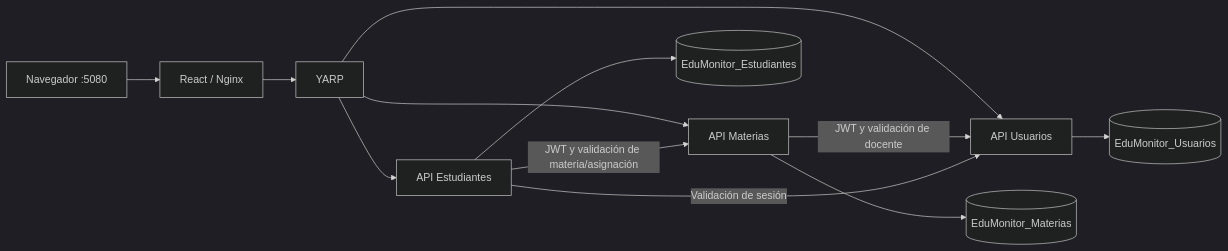
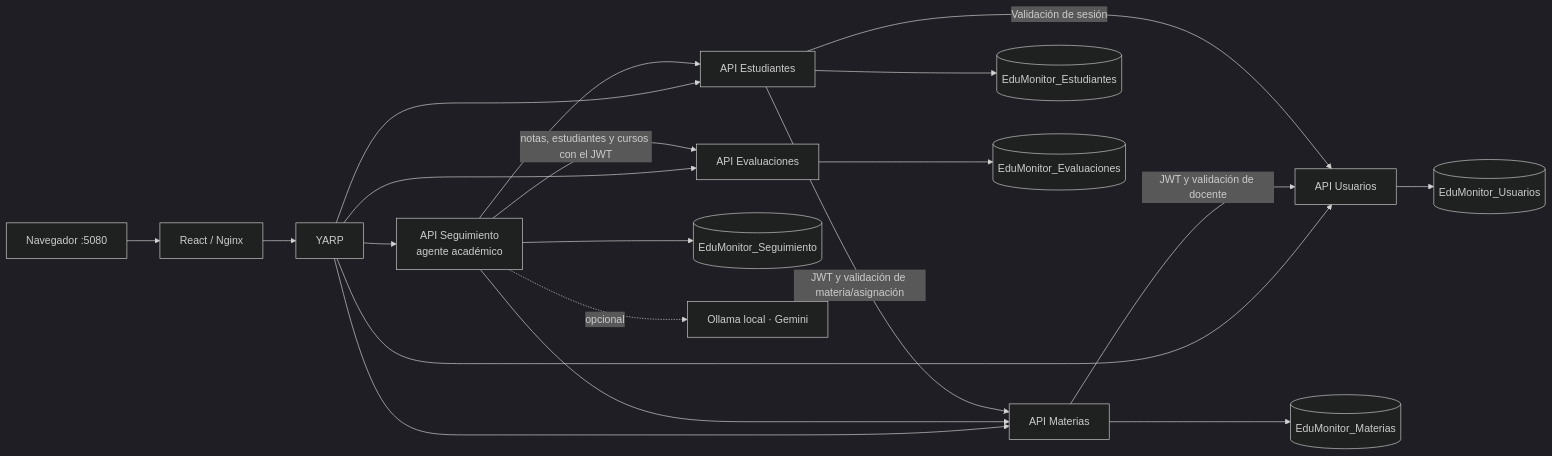
The diagram in README.md (Samu4194/EduMonitorAI), drawn with Mermaid (dark theme) before and after one commit. The commit also changed other lines of this file and 21 other files, not shown here.

````diff
--- a/README.md
+++ b/README.md
@@ -19,14 +19,22 @@
 ```mermaid
 flowchart LR
   Browser[Navegador :5080] --> Frontend[React / Nginx]
   Frontend --> Gateway[YARP]
   Gateway --> Usuarios[API Usuarios]
   Gateway --> Materias[API Materias]
   Gateway --> Estudiantes[API Estudiantes]
+  Gateway --> Evaluaciones[API Evaluaciones]
+  Gateway --> Seguimiento[API Seguimiento<br/>agente académico]
   Usuarios --> DBU[(EduMonitor_Usuarios)]
   Materias --> DBM[(EduMonitor_Materias)]
   Estudiantes --> DBE[(EduMonitor_Estudiantes)]
+  Evaluaciones --> DBV[(EduMonitor_Evaluaciones)]
+  Seguimiento --> DBS[(EduMonitor_Seguimiento)]
+  Seguimiento -->|notas, estudiantes y cursos con el JWT| Evaluaciones
+  Seguimiento --> Estudiantes
+  Seguimiento --> Materias
+  Seguimiento -.->|opcional| IA[Ollama local · Gemini]
   Materias -->|JWT y validación de docente| Usuarios
   Estudiantes -->|JWT y validación de materia/asignación| Materias
   Estudiantes -->|Validación de sesión| Usuarios
 ```
````
